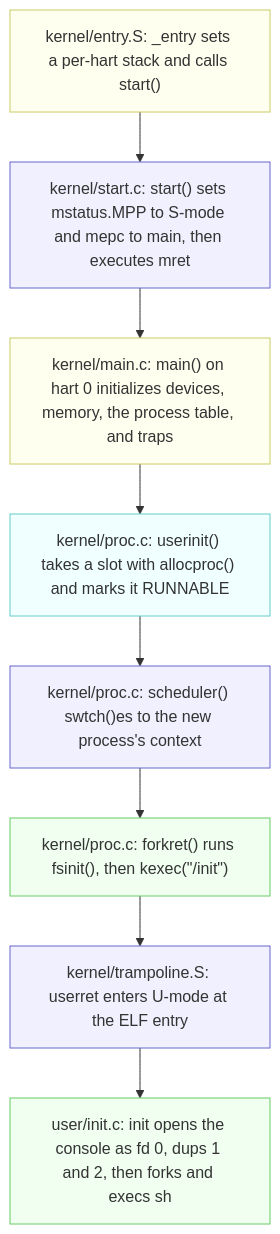
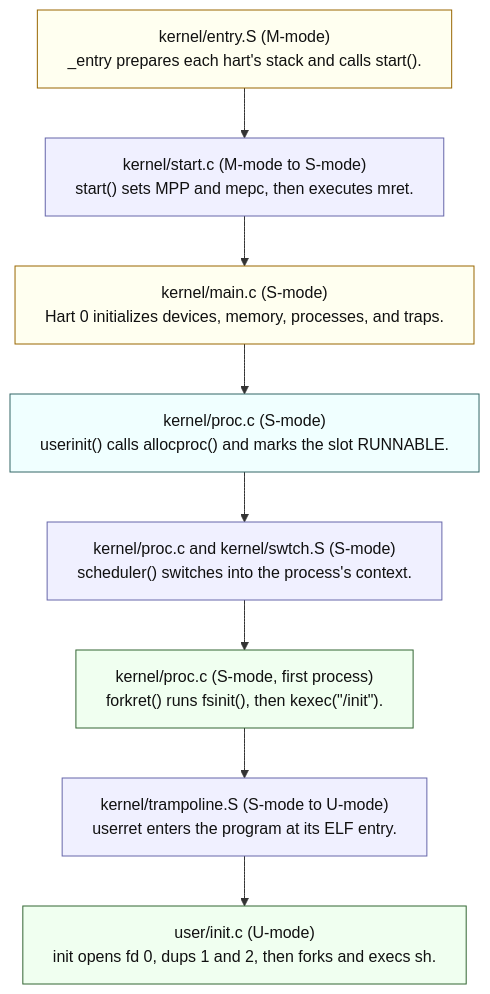
Before and after one commit to cv47522/xv6-riscv: the diagram in docs/11-os-design-in-xv6.md, drawn with Mermaid. The commit also changed other lines of this file and 9 other files, not shown here.

````diff
--- a/docs/11-os-design-in-xv6.md
+++ b/docs/11-os-design-in-xv6.md
@@ -116,19 +181,24 @@
 ```mermaid
+---
+config:
+  flowchart:
+    wrappingWidth: 420
+---
 flowchart TD
-    A["kernel/entry.S: _entry sets a per-hart stack and calls start()"] --> B["kernel/start.c: start() sets mstatus.MPP to S-mode and mepc to main, then executes mret"]
-    B --> C["kernel/main.c: main() on hart 0 initializes devices, memory, the process table, and traps"]
-    C --> D["kernel/proc.c: userinit() takes a slot with allocproc() and marks it RUNNABLE"]
-    D --> E["kernel/proc.c: scheduler() swtch()es to the new process's context"]
-    E --> F["kernel/proc.c: forkret() runs fsinit(), then kexec(&quot;/init&quot;)"]
-    F --> G["kernel/trampoline.S: userret enters U-mode at the ELF entry"]
-    G --> H["user/init.c: init opens the console as fd 0, dups 1 and 2, then forks and execs sh"]
+    A["kernel/entry.S (M-mode)<br/>_entry prepares each hart's stack and calls start()."] --> B["kernel/start.c (M-mode to S-mode)<br/>start() sets MPP and mepc, then executes mret."]
+    B --> C["kernel/main.c (S-mode)<br/>Hart 0 initializes devices, memory, processes, and traps."]
+    C --> D["kernel/proc.c (S-mode)<br/>userinit() calls allocproc() and marks the slot RUNNABLE."]
+    D --> E["kernel/proc.c and kernel/swtch.S (S-mode)<br/>scheduler() switches into the process's context."]
+    E --> F["kernel/proc.c (S-mode, first process)<br/>forkret() runs fsinit(), then kexec(&quot;/init&quot;)."]
+    F --> G["kernel/trampoline.S (S-mode to U-mode)<br/>userret enters the program at its ELF entry."]
+    G --> H["user/init.c (U-mode)<br/>init opens fd 0, dups 1 and 2, then forks and execs sh."]
 
-    classDef processing fill:#fffff0,stroke:#cc6
-    classDef routing fill:#f0f0ff,stroke:#66c
-    classDef commit fill:#f0ffff,stroke:#6cc
-    classDef movement fill:#f0fff0,stroke:#6c6
+    classDef processing fill:#fffff0,stroke:#996600,color:#111
+    classDef routing fill:#f0f0ff,stroke:#6666aa,color:#111
+    classDef commit fill:#f0ffff,stroke:#336666,color:#111
+    classDef movement fill:#f0fff0,stroke:#336633,color:#111
     class A,C processing
     class B,E,G routing
     class D commit
     class F,H movement
 ```
````
